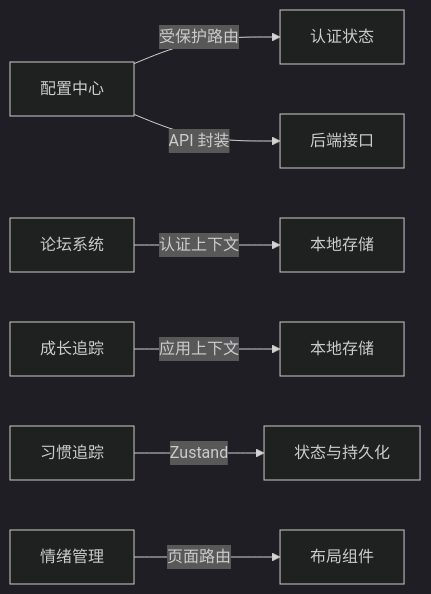
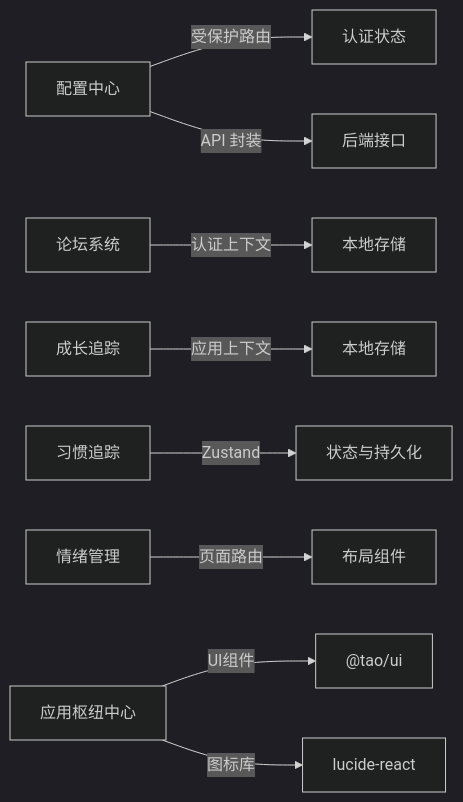
Before and after one commit to daoApps/daoApps: the eighth of 8 diagrams in .qoder/repowiki/zh/content/业务应用集合/业务应用集合.md, drawn with Mermaid (dark theme). The commit also changed other lines of this file and 7 other files, not shown here.

````diff
--- a/.qoder/repowiki/zh/content/业务应用集合/业务应用集合.md
+++ b/.qoder/repowiki/zh/content/业务应用集合/业务应用集合.md
@@ -323,9 +387,11 @@
 ```mermaid
 graph LR
 CC["配置中心"] -- "受保护路由" --> AUTH["认证状态"]
 CC -- "API 封装" --> API["后端接口"]
 FORUM["论坛系统"] -- "认证上下文" --> STORE["本地存储"]
 GT["成长追踪"] -- "应用上下文" --> DATA["本地存储"]
 HT["习惯追踪"] -- "Zustand" --> STATE["状态与持久化"]
 MF["情绪管理"] -- "页面路由" --> LAYOUT["布局组件"]
+NX["应用枢纽中心"] -- "UI组件" --> UI["@tao/ui"]
+NX -- "图标库" --> ICONS["lucide-react"]
 ```
````
